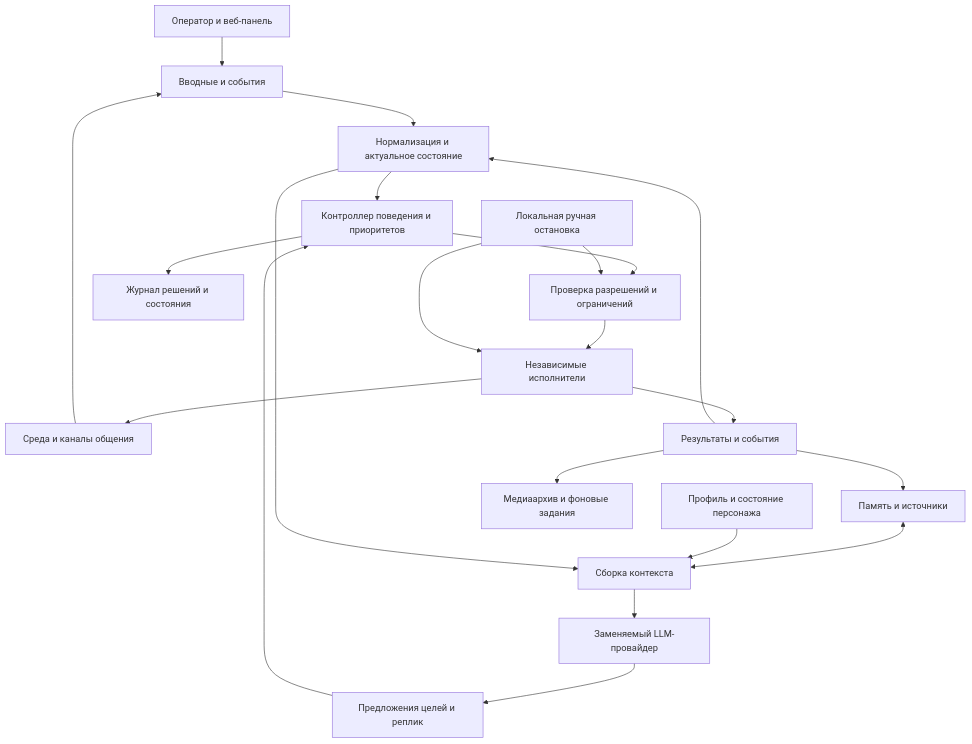
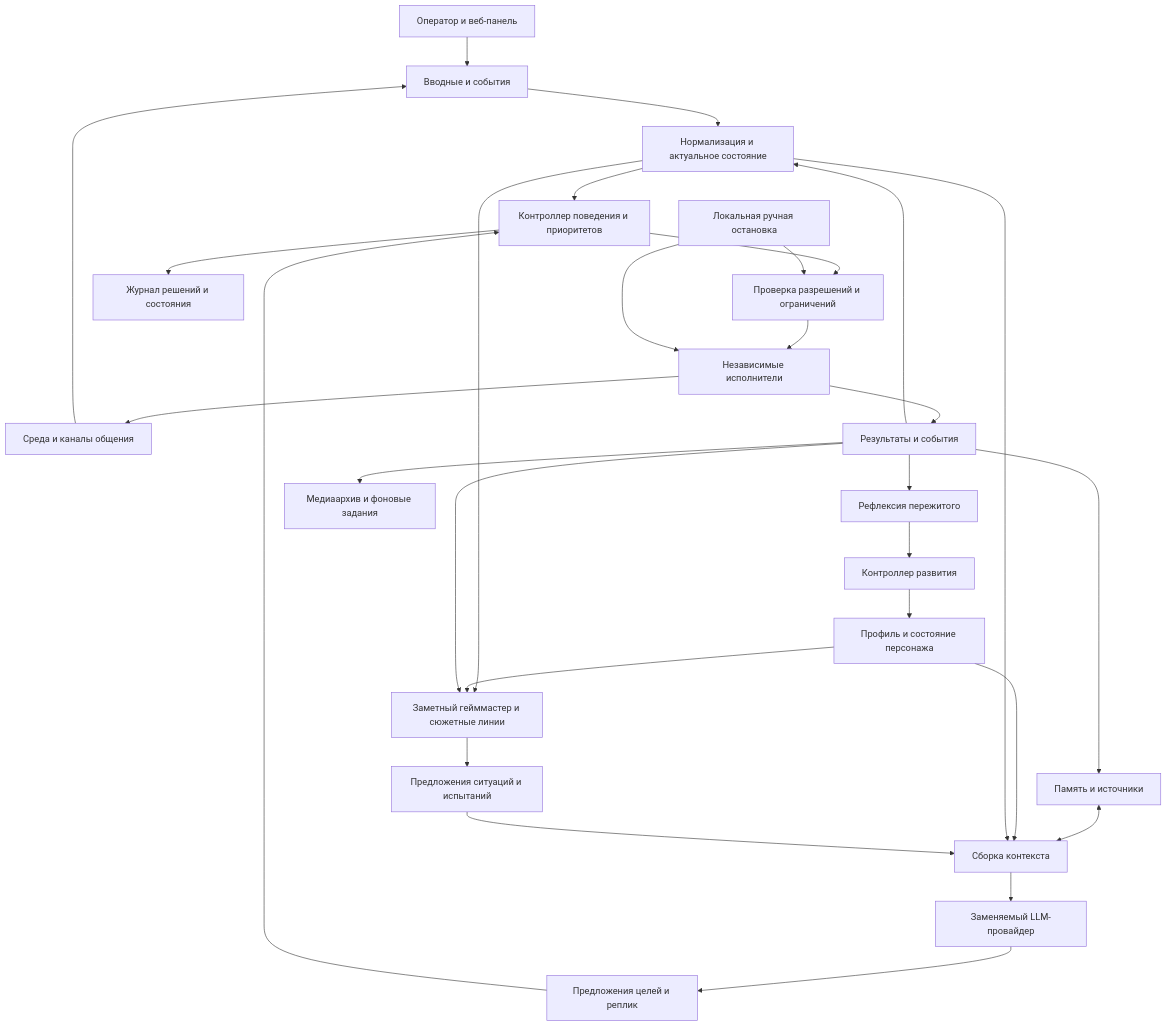
One commit to tari-lucy/ai-agent-platform changed the diagram in docs/02-architecture.md. Above: the diagram before and after it, drawn with Mermaid. The commit also changed other lines of this file and 7 other files, not shown here.

````diff
--- a/docs/02-architecture.md
+++ b/docs/02-architecture.md
@@ -16,23 +24,31 @@
 ```mermaid
 flowchart TD
     PANEL[Оператор и веб-панель] --> INPUT[Вводные и события]
     ADAPTERS[Среда и каналы общения] --> INPUT
     INPUT --> PERCEPTION[Нормализация и актуальное состояние]
     PERCEPTION --> BEHAVIOR[Контроллер поведения и приоритетов]
     MEMORY[Память и источники] <--> CONTEXT[Сборка контекста]
     PROFILE[Профиль и состояние персонажа] --> CONTEXT
     PERCEPTION --> CONTEXT
     CONTEXT --> LLM[Заменяемый LLM-провайдер]
     LLM --> PROPOSALS[Предложения целей и реплик]
     PROPOSALS --> BEHAVIOR
+    PERCEPTION --> GM[Заметный гейммастер и сюжетные линии]
+    PROFILE --> GM
+    GM --> OPPORTUNITIES[Предложения ситуаций и испытаний]
+    OPPORTUNITIES --> CONTEXT
     BEHAVIOR --> POLICY[Проверка разрешений и ограничений]
     POLICY --> EXEC[Независимые исполнители]
     EXEC --> ADAPTERS
     EXEC --> RESULTS[Результаты и события]
     RESULTS --> PERCEPTION
     RESULTS --> MEMORY
+    RESULTS --> REFLECTION[Рефлексия пережитого]
+    REFLECTION --> DEVELOPMENT[Контроллер развития]
+    DEVELOPMENT --> PROFILE
+    RESULTS --> GM
     RESULTS --> MEDIA[Медиаархив и фоновые задания]
     STOP[Локальная ручная остановка] --> EXEC
     STOP --> POLICY
     BEHAVIOR --> LOG[Журнал решений и состояния]
 ```
````
